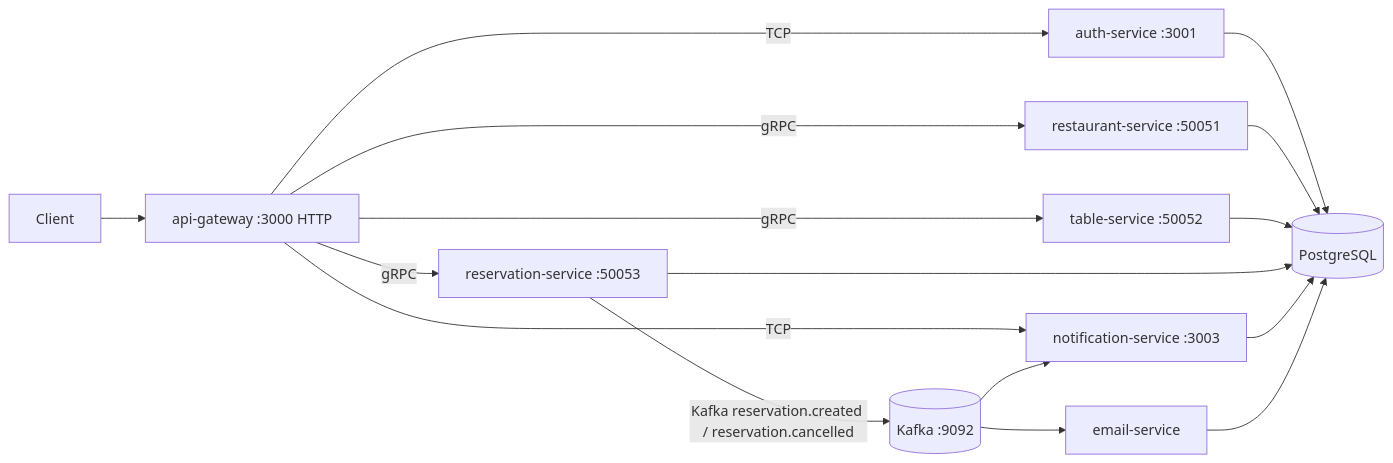
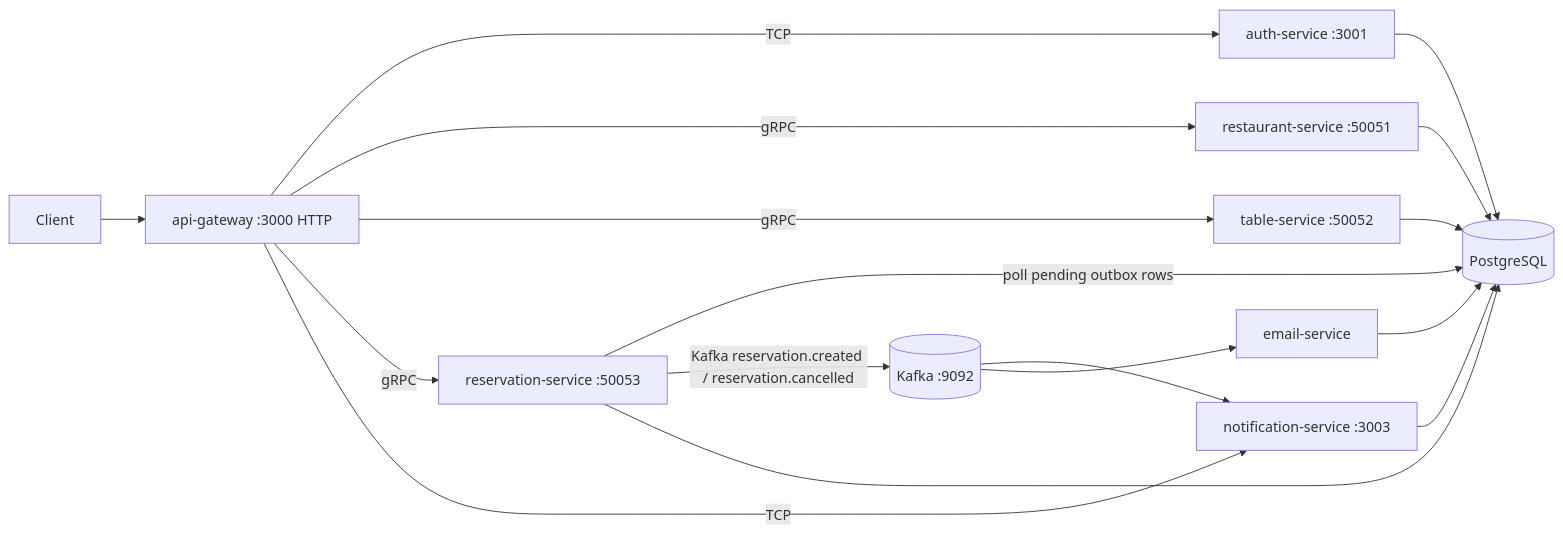
One commit to ahadg/restaurant-table-reservation changed the diagram in docs/CONTEXT.md. Above: the diagram before and after it, drawn with Mermaid. The commit also changed other lines of this file and 5 other files, not shown here.

````diff
--- a/docs/CONTEXT.md
+++ b/docs/CONTEXT.md
@@ -7,18 +7,19 @@
 ```mermaid
 flowchart LR
   Client --> GW["api-gateway :3000 HTTP"]
   GW -->|"TCP"| AUTH["auth-service :3001"]
   GW -->|"gRPC"| REST["restaurant-service :50051"]
   GW -->|"gRPC"| TABLE["table-service :50052"]
   GW -->|"gRPC"| RSV["reservation-service :50053"]
   GW -->|"TCP"| NOTIF["notification-service :3003"]
+  RSV -->|"poll pending outbox rows"| PG
   RSV -->|"Kafka reservation.created / reservation.cancelled"| K[(Kafka :9092)]
   K --> NOTIF
   K --> EMAIL["email-service"]
   AUTH --> PG[(PostgreSQL)]
   REST --> PG
   TABLE --> PG
   RSV --> PG
   NOTIF --> PG
   EMAIL --> PG
 ```
````
